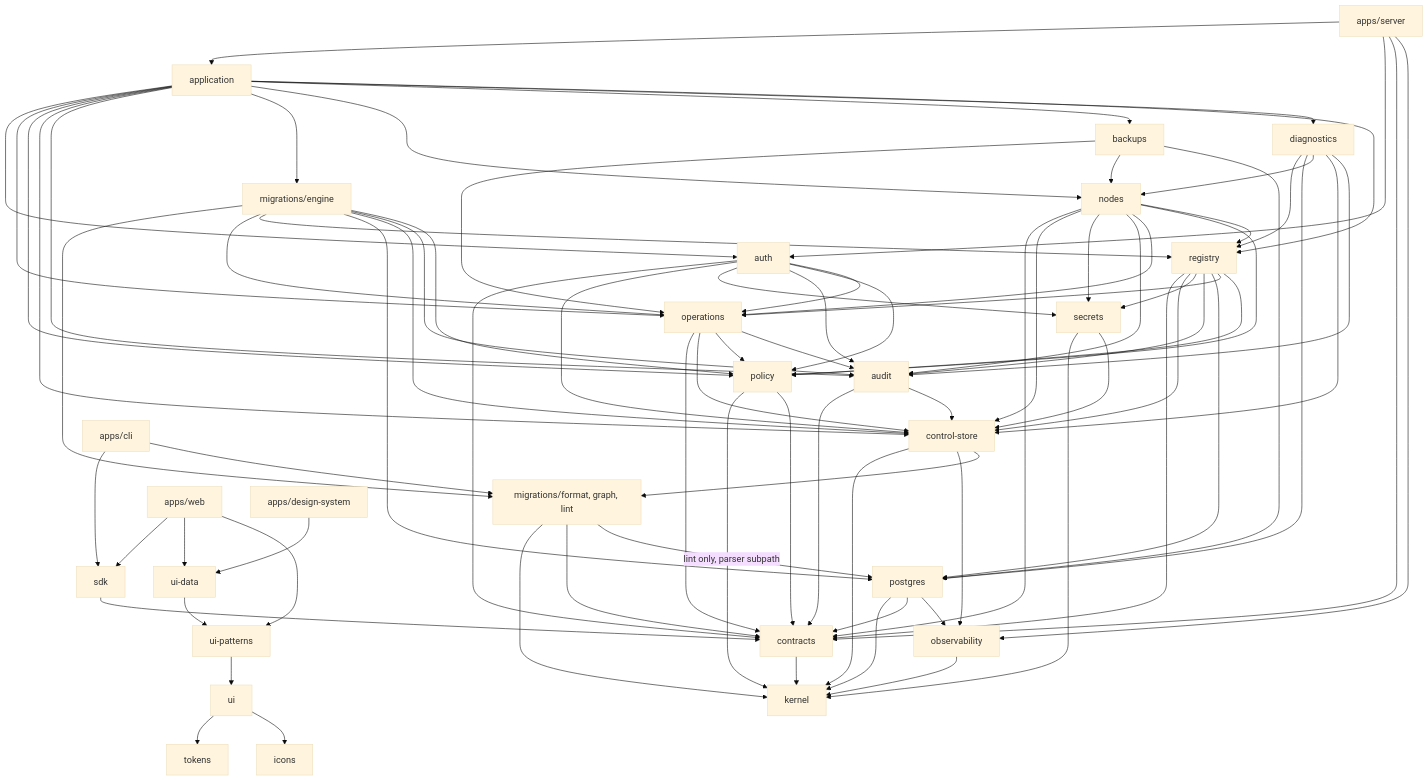
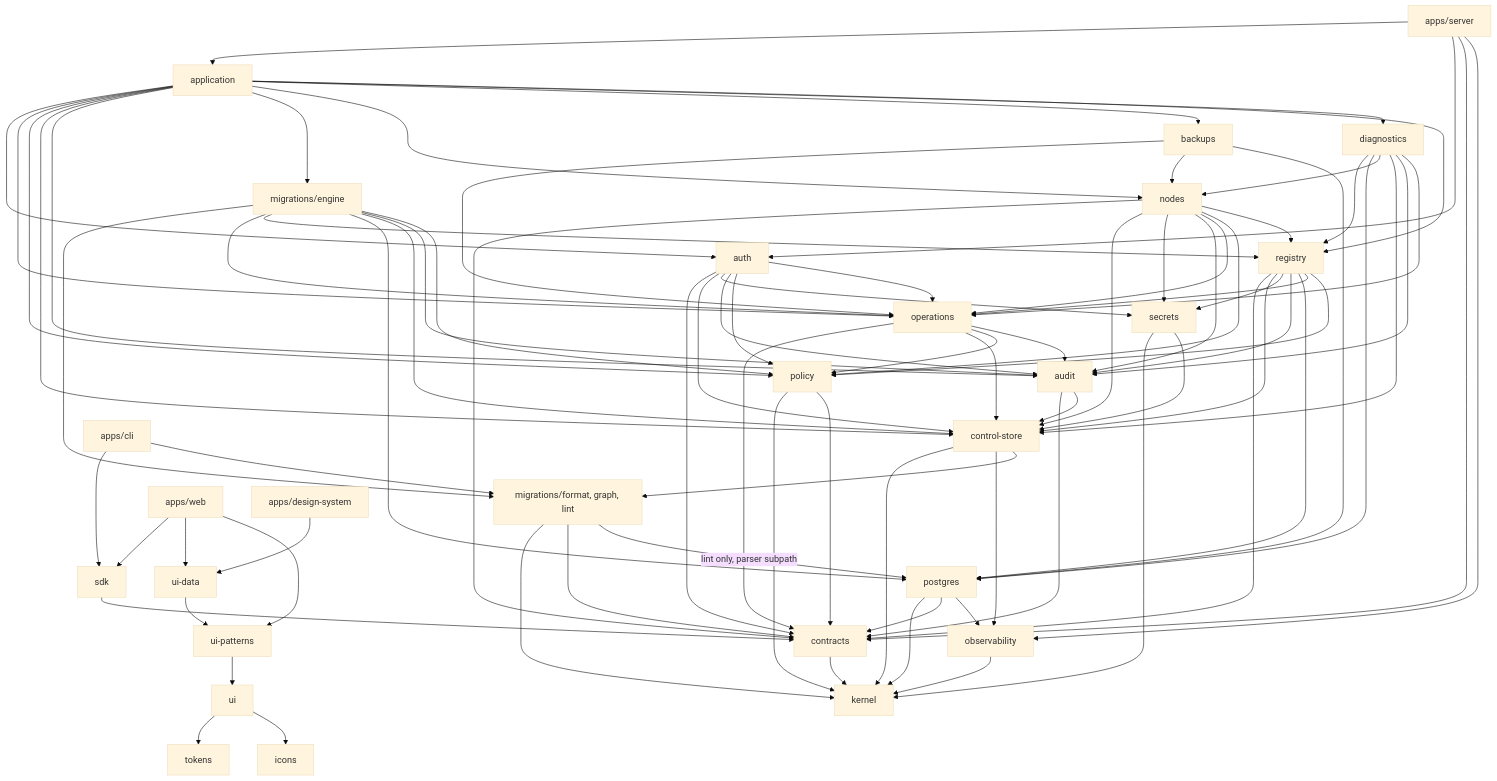
One commit to davdxpx/ExponetDB changed the diagram in exponetdb-docs/01-architecture/package-architecture.md. Above: the diagram before and after it, drawn with Mermaid (base theme). The commit also changed other lines of this file and 38 other files, not shown here.

```diff
--- a/exponetdb-docs/01-architecture/package-architecture.md
+++ b/exponetdb-docs/01-architecture/package-architecture.md
@@ -368,6 +368,7 @@
   diagnostics --> nodes
   diagnostics --> controlstore
   diagnostics --> audit
+  diagnostics --> operations
   application --> auth
   application --> operations
   application --> policy
```
